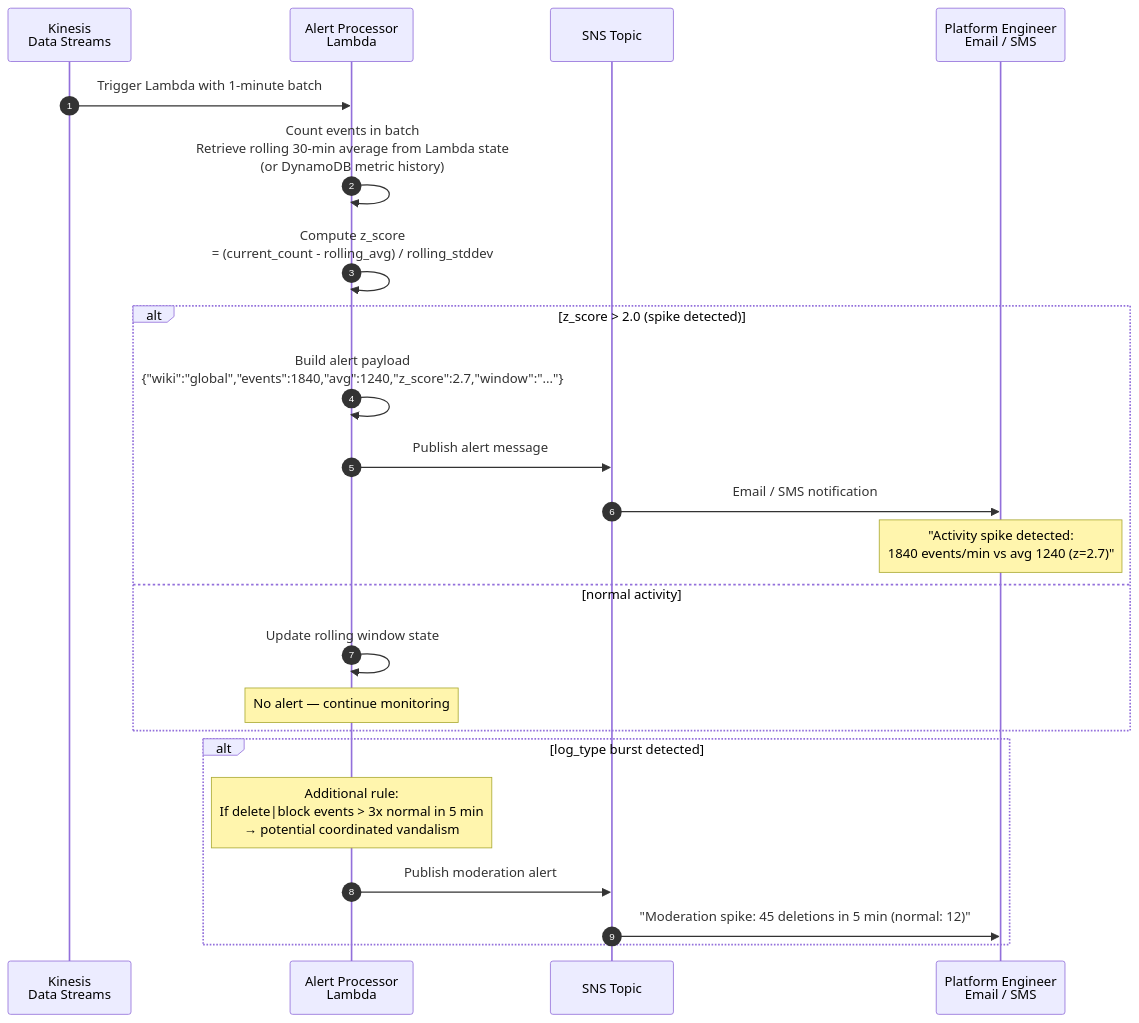
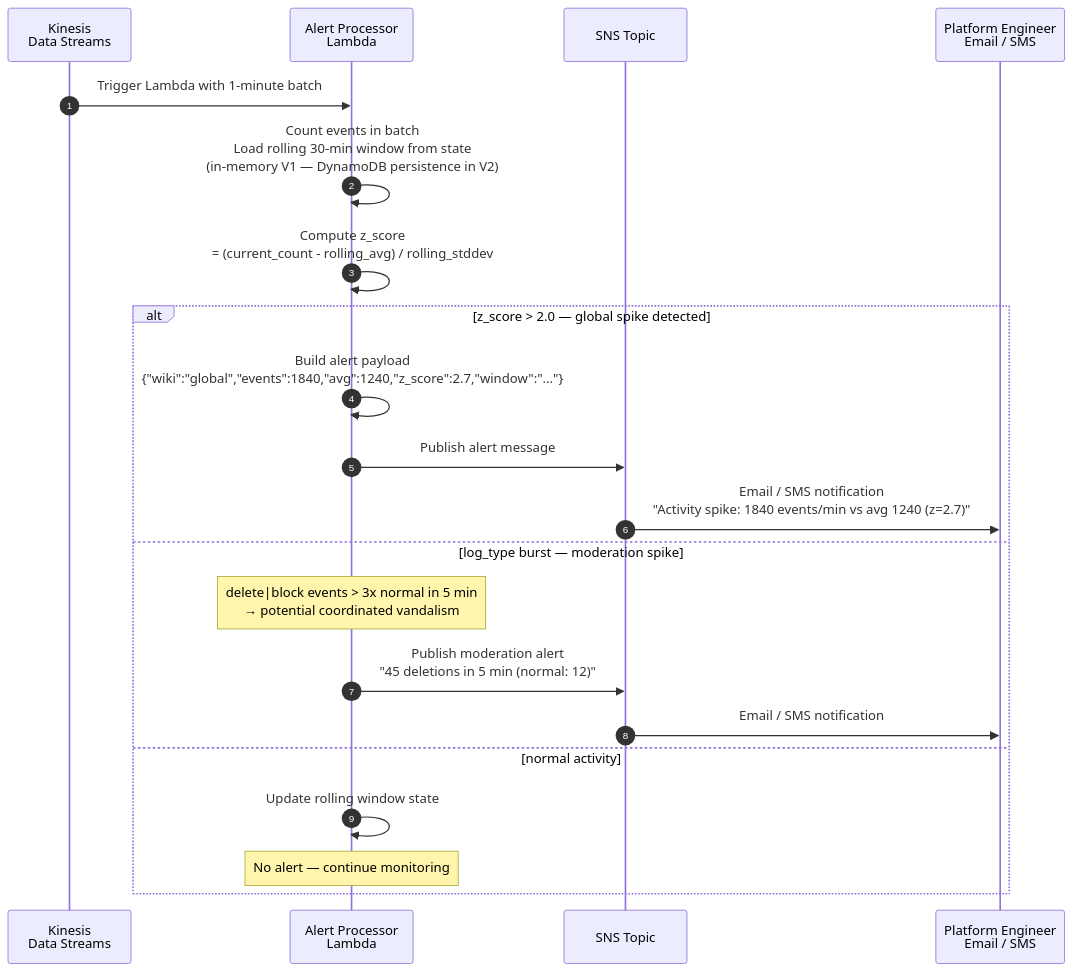
One commit to TalelKarim/realtime-media-analytics-platform changed the sixth of 10 diagrams in documentation/archi.md. Above: the diagram before and after it, drawn with Mermaid. The commit also changed other lines of this file and 1 other file, not shown here.

Commit message:
Update archi.md diagram

````diff
--- a/documentation/archi.md
+++ b/documentation/archi.md
@@ -242,29 +242,26 @@
 ```mermaid
 sequenceDiagram
   autonumber
   participant KDS as Kinesis<br/>Data Streams
   participant ALP as Alert Processor<br/>Lambda
   participant SNS as SNS Topic
   participant OPS as Platform Engineer<br/>Email / SMS
 
   KDS->>ALP: Trigger Lambda with 1-minute batch
-  ALP->>ALP: Count events in batch<br/>Retrieve rolling 30-min average from Lambda state<br/>(or DynamoDB metric history)
+  ALP->>ALP: Count events in batch<br/>Load rolling 30-min window from state<br/>(in-memory V1 — DynamoDB persistence in V2)
 
   ALP->>ALP: Compute z_score<br/>= (current_count - rolling_avg) / rolling_stddev
 
-  alt z_score > 2.0 (spike detected)
+  alt z_score > 2.0 — global spike detected
     ALP->>ALP: Build alert payload<br/>{"wiki":"global","events":1840,"avg":1240,"z_score":2.7,"window":"..."}
     ALP->>SNS: Publish alert message
+    SNS->>OPS: Email / SMS notification<br/>"Activity spike: 1840 events/min vs avg 1240 (z=2.7)"
+  else log_type burst — moderation spike
+    Note over ALP: delete|block events > 3x normal in 5 min<br/>→ potential coordinated vandalism
+    ALP->>SNS: Publish moderation alert<br/>"45 deletions in 5 min (normal: 12)"
     SNS->>OPS: Email / SMS notification
-    Note over OPS: "Activity spike detected:<br/>1840 events/min vs avg 1240 (z=2.7)"
   else normal activity
     ALP->>ALP: Update rolling window state
     Note over ALP: No alert — continue monitoring
   end
-
-  alt log_type burst detected
-    Note over ALP: Additional rule:<br/>If delete|block events > 3x normal in 5 min<br/>→ potential coordinated vandalism
-    ALP->>SNS: Publish moderation alert
-    SNS->>OPS: "Moderation spike: 45 deletions in 5 min (normal: 12)"
-  end
 ```
````
